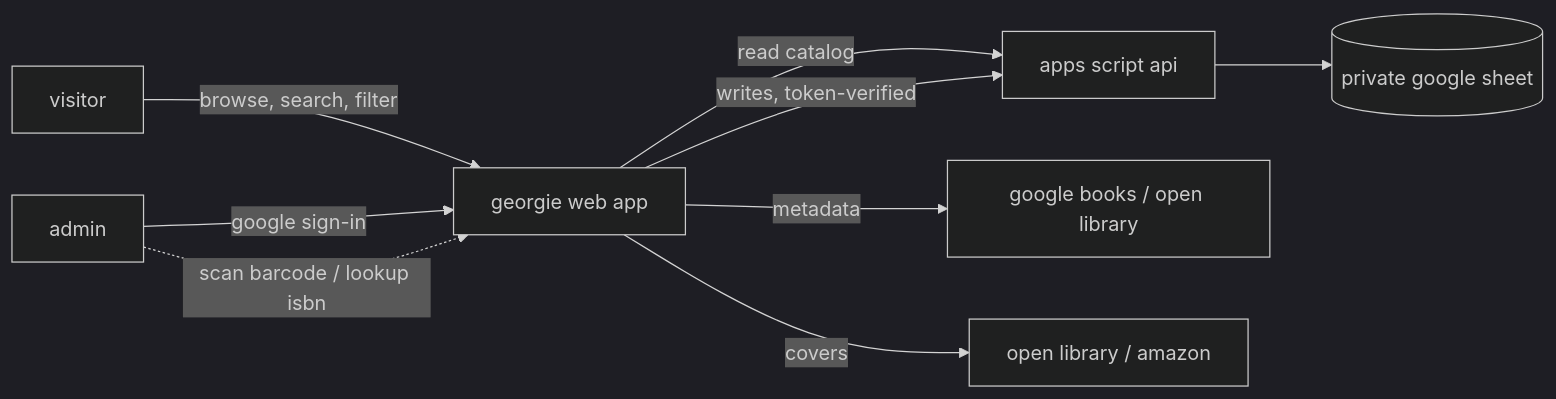
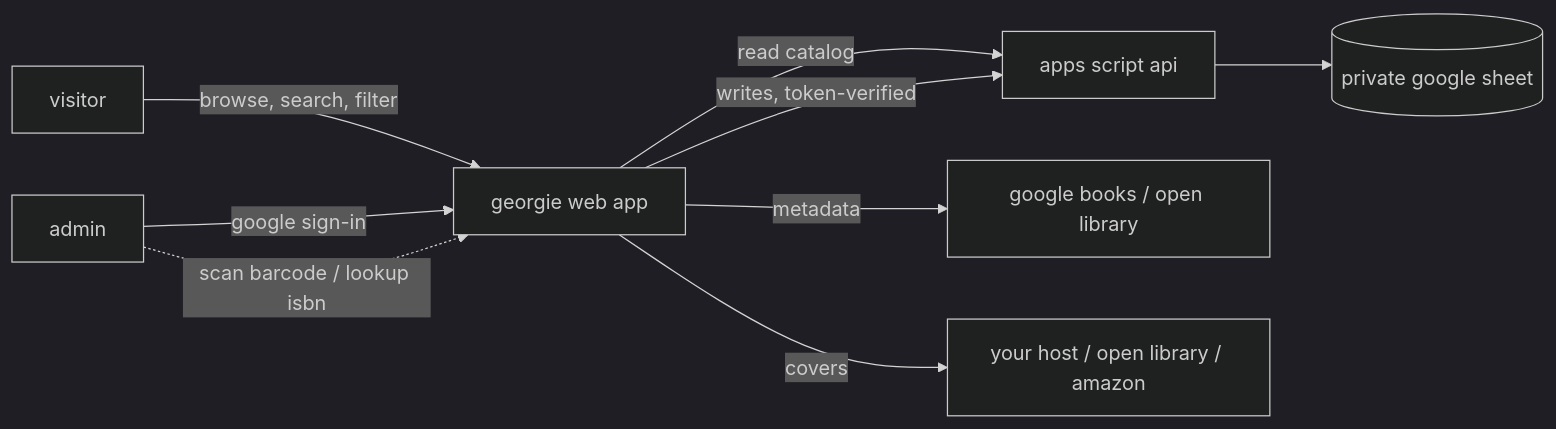
One commit to leandroestrella/georgie changed the diagram in README.md. Above: the diagram before and after it, drawn with Mermaid. The commit also changed other lines of this file, not shown here.

````diff
--- a/README.md
+++ b/README.md
@@ -17,12 +17,12 @@
 ```mermaid
 %%{init: {'theme': 'dark'}}%%
 flowchart LR
     V[visitor] -->|browse, search, filter| SPA[georgie web app]
     A[admin] -->|google sign-in| SPA
     A -.->|scan barcode / lookup isbn| SPA
     SPA -->|read catalog| GAS[apps script api]
     SPA -->|writes, token-verified| GAS
     GAS --> SHEET[(private google sheet)]
     SPA -->|metadata| EXT[google books / open library]
-    SPA -->|covers| COV[open library / amazon]
+    SPA -->|covers| COV[your host / open library / amazon]
 ```
````
